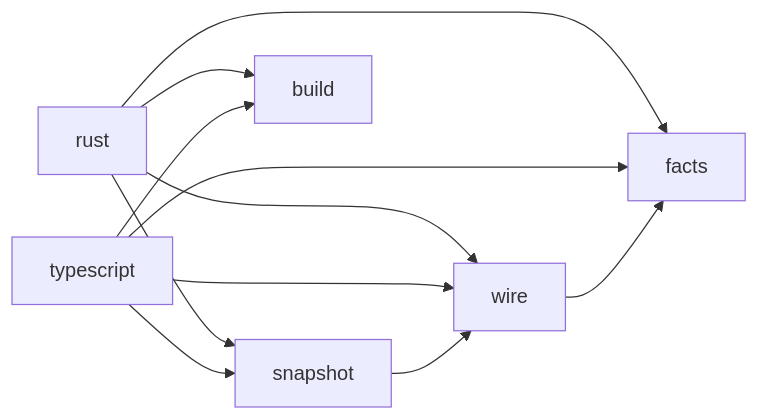
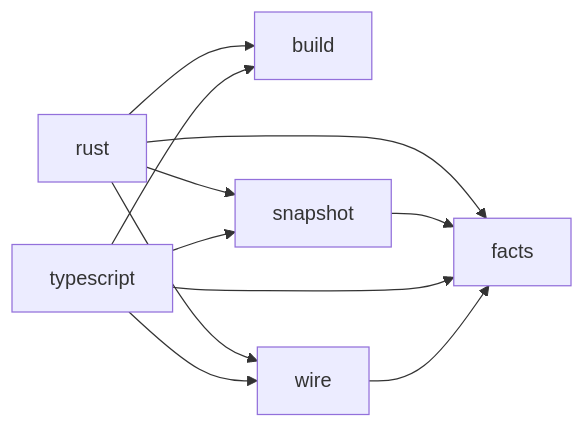
The diagram in docs/architecture/native.md (rapiddweller/archkeel), drawn with Mermaid before and after one commit. The commit also changed other lines of this file and 29 other files, not shown here.

First line of the commit message:
Move the reply shapes from the wire to archkeel-facts (#880)

````diff
--- a/docs/architecture/native.md
+++ b/docs/architecture/native.md
@@ -23,13 +23,13 @@
 ```mermaid
 flowchart LR
+    rust --> build
+    rust --> facts
+    rust --> snapshot
+    rust --> wire
+    snapshot --> facts
+    typescript --> build
+    typescript --> facts
+    typescript --> snapshot
+    typescript --> wire
     wire --> facts
-    snapshot --> wire
-    typescript --> wire
-    typescript --> snapshot
-    typescript --> facts
-    typescript --> build
-    rust --> wire
-    rust --> snapshot
-    rust --> facts
-    rust --> build
 ```
````
